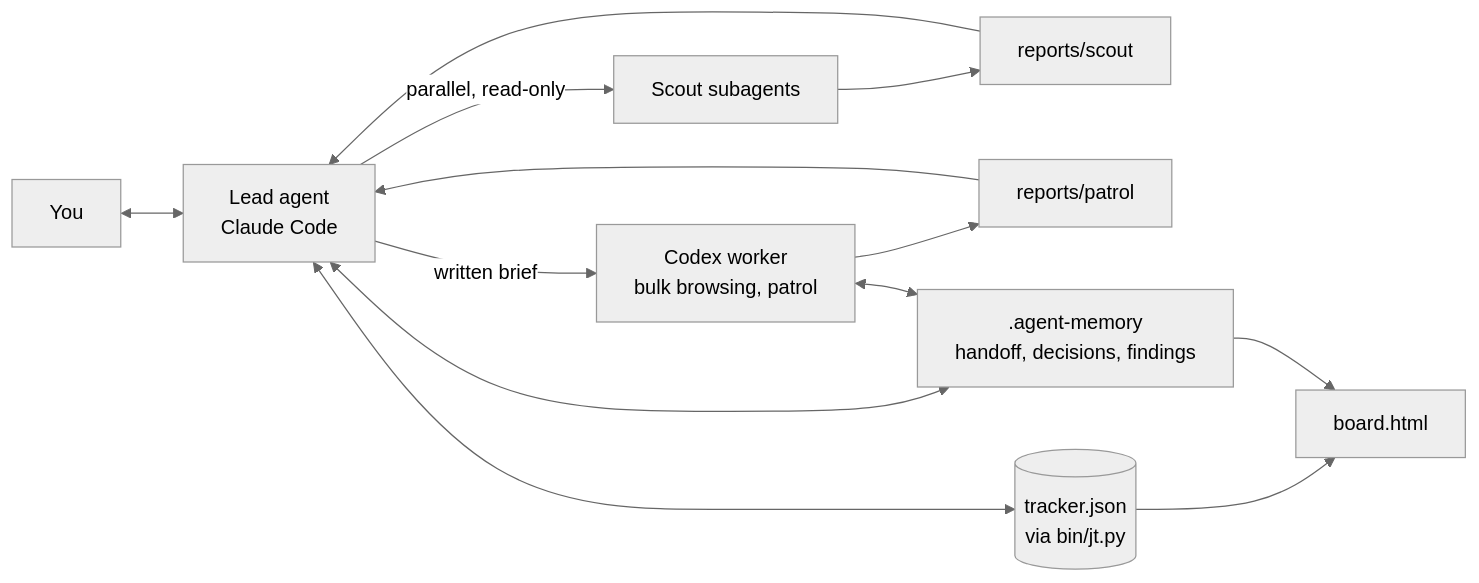
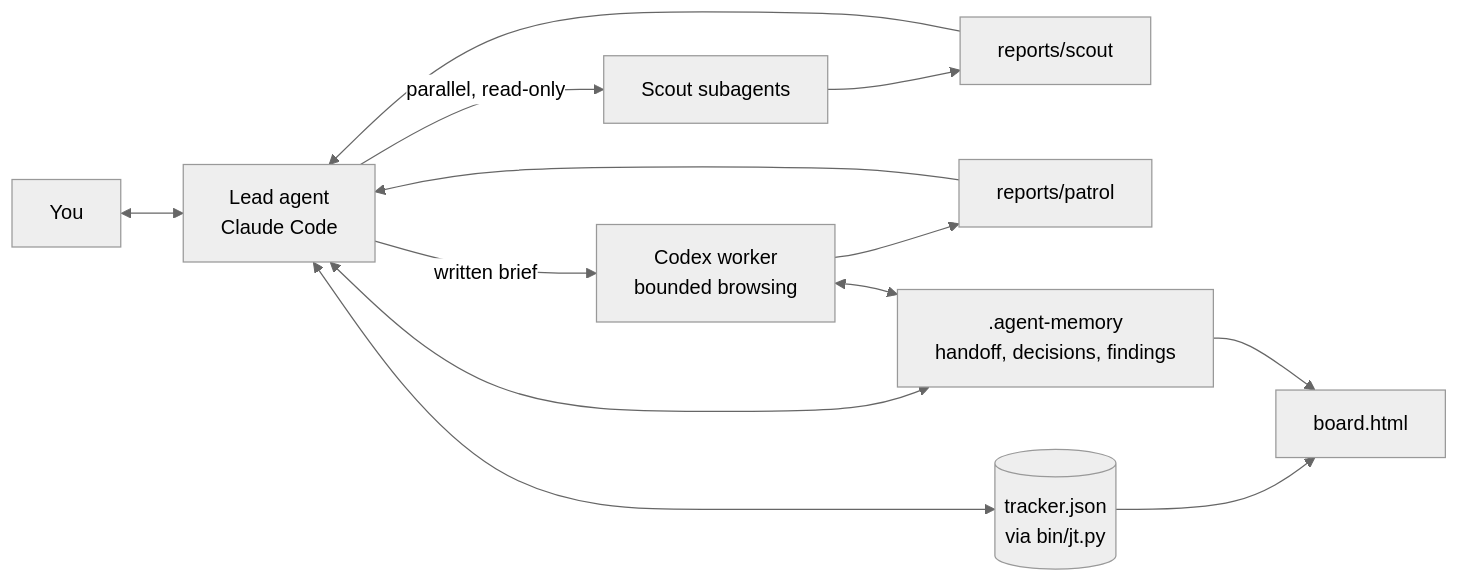
One commit to LeiZiKang/job-agent-kit changed the diagram in docs/architecture.md. Above: the diagram before and after it, drawn with Mermaid (neutral theme). The commit also changed other lines of this file and 26 other files, not shown here.

````diff
--- a/docs/architecture.md
+++ b/docs/architecture.md
@@ -3,15 +3,15 @@
 ```mermaid
 flowchart LR
   U[You] <--> L[Lead agent<br/>Claude Code]
   L -->|parallel, read-only| S[Scout subagents]
-  L -->|written brief| C[Codex worker<br/>bulk browsing, patrol]
+  L -->|written brief| C[Codex worker<br/>bounded browsing]
   S --> R[reports/scout]
   C --> P[reports/patrol]
   R --> L
   P --> L
   L <--> T[(tracker.json<br/>via bin/jt.py)]
   L <--> M[.agent-memory<br/>handoff, decisions, findings]
   C <--> M
   T --> B[board.html]
   M --> B
 ```
````
